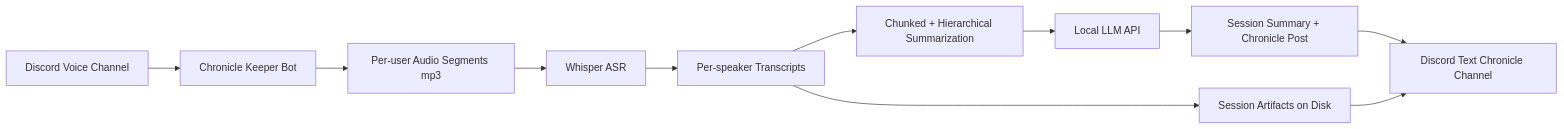
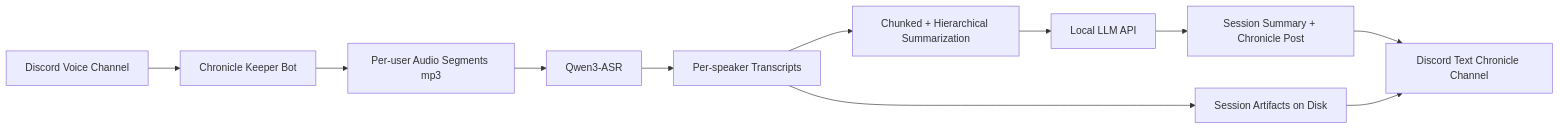
The diagram in README.md (odmyko/discord-chronicle-keeper), drawn with Mermaid before and after one commit. The commit also changed other lines of this file and 32 other files, not shown here.

Commit message:
feat(asr): migrate pipeline to qwen/vibevoice and stabilize transcript/audio flow

````diff
--- a/README.md
+++ b/README.md
@@ -57,13 +64,13 @@
 ```mermaid
 flowchart LR
   A[Discord Voice Channel] --> B[Chronicle Keeper Bot]
   B --> C[Per-user Audio Segments mp3]
-  C --> D[Whisper ASR]
+  C --> D[Qwen3-ASR]
   D --> E[Per-speaker Transcripts]
   E --> F[Chunked + Hierarchical Summarization]
   F --> G[Local LLM API]
   G --> H[Session Summary + Chronicle Post]
   E --> I[Session Artifacts on Disk]
   H --> J[Discord Text Chronicle Channel]
   I --> J
 ```
````
